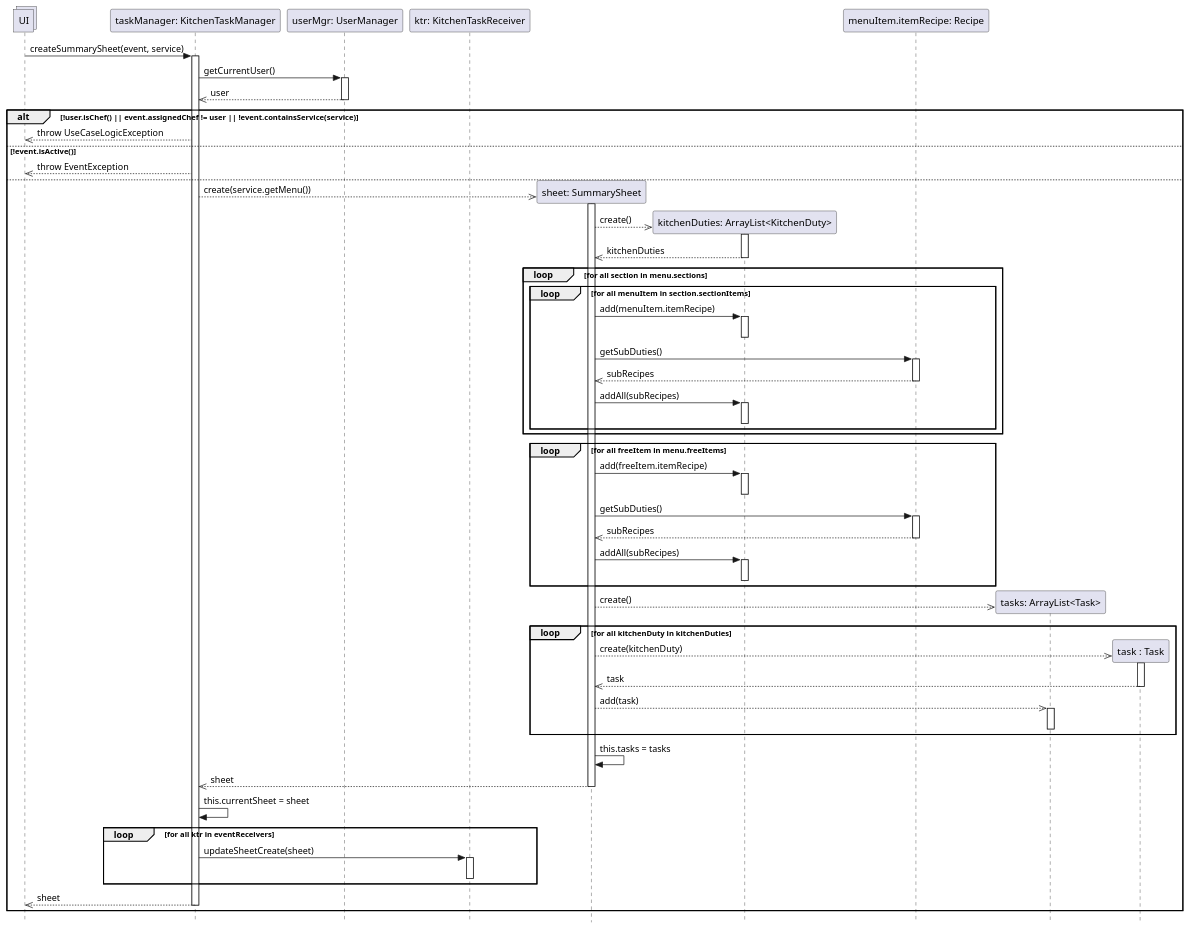
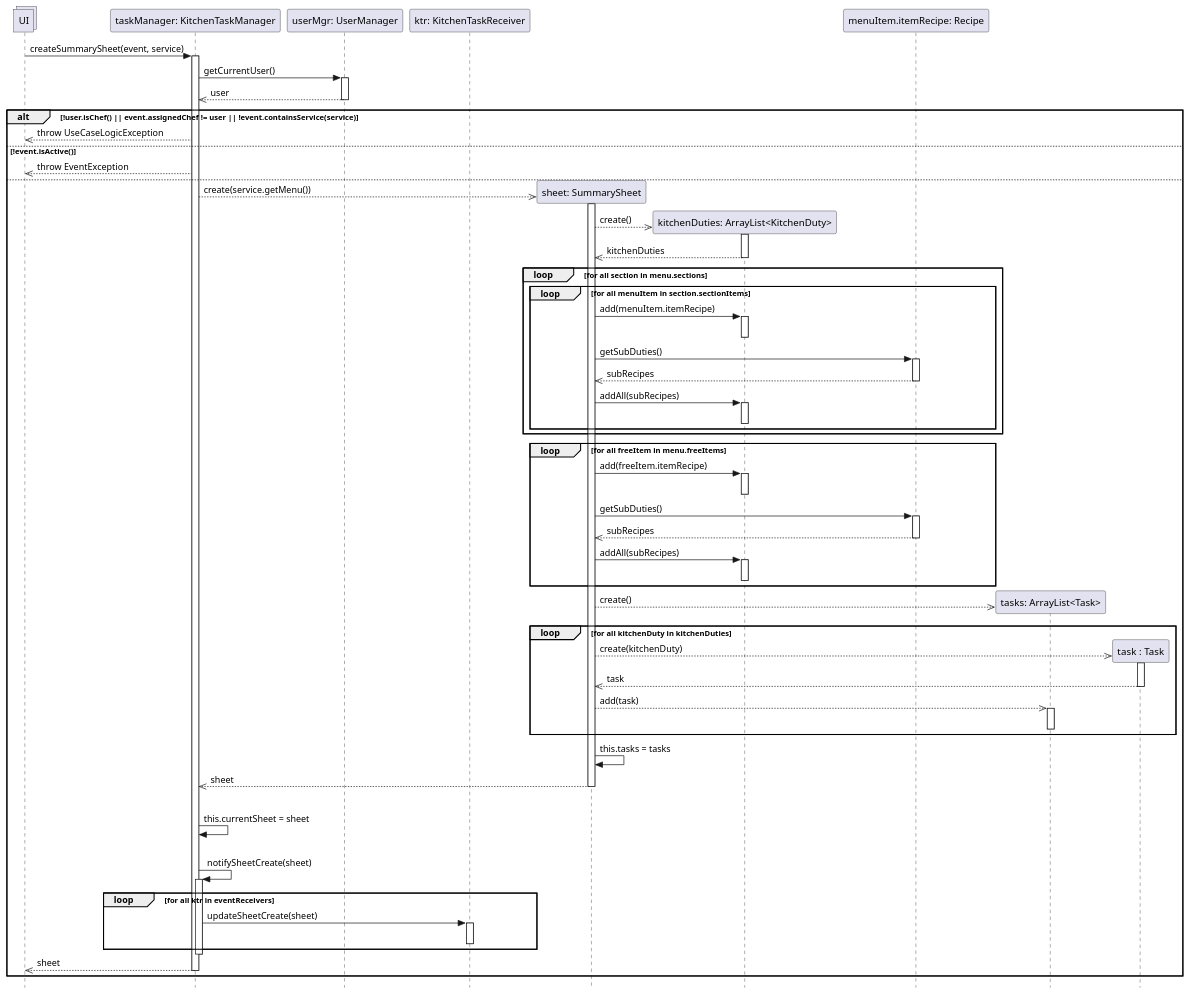
The diagram in UC Gestire Compiti Cucina/Progettazione/DSD Operazione 1.puml (stefa168/sas-project), drawn with PlantUML before and after one commit. The commit also changed 6 other files, not shown here.

```diff
--- a/UC Gestire Compiti Cucina/Progettazione/DSD Operazione 1.puml
+++ b/UC Gestire Compiti Cucina/Progettazione/DSD Operazione 1.puml
@@ -1,101 +1,103 @@
 @startuml Operazione 1
 skinparam Style strictuml
 
 collections UI
 
 participant "taskManager: KitchenTaskManager" as tm
 UI -> tm: createSummarySheet(event, service)
 activate tm
 
 participant "userMgr: UserManager" as um
 participant "ktr: KitchenTaskReceiver" as ktr
 tm -> um: getCurrentUser()
 activate um
 tm <<-- um: user
 deactivate um
 
 alt !user.isChef() || event.assignedChef != user || !event.containsService(service)
     UI <<-- tm: throw UseCaseLogicException
 else !event.isActive()
     UI <<-- tm: throw EventException
 else
     participant "sheet: SummarySheet" as ss
     tm -->> ss **: create(service.getMenu())
     activate ss
 
     participant "kitchenDuties: ArrayList<KitchenDuty>" as kdList
     ss -->> kdList**: create()
     activate kdList
     return kitchenDuties
     deactivate kdList
     
     loop for all section in menu.sections
         loop for all menuItem in section.sectionItems
             ss -> kdList: add(menuItem.itemRecipe)
             activate kdList
             deactivate kdList
             
             participant "menuItem.itemRecipe: Recipe" as recipe
             ss -> recipe: getSubDuties()
             activate recipe
             ss <<-- recipe: subRecipes
             deactivate recipe
 
             ss -> kdList: addAll(subRecipes)
             activate kdList
             deactivate kdList
 
         end
     end
 
     loop for all freeItem in menu.freeItems
         ss -> kdList: add(freeItem.itemRecipe)
         activate kdList
         deactivate kdList
 
         participant "freeItem.itemRecipe: Recipe" as recipe
             ss -> recipe: getSubDuties()
             activate recipe
             ss <<-- recipe: subRecipes
             deactivate recipe
 
             ss -> kdList: addAll(subRecipes)
             activate kdList
             deactivate kdList
     end
 
     participant "tasks: ArrayList<Task>" as tasks
     ss -->> tasks**: create()
 
     loop for all kitchenDuty in kitchenDuties
         participant "task : Task" as t
         ss -->> t **: create(kitchenDuty)
         activate t
         ' ss <<-- t :task
         return task
         deactivate t
         ss -->>tasks: add(task)
         activate tasks
         deactivate tasks
     end
 
     ss -> ss: this.tasks = tasks
-
     tm <<-- ss: sheet
     deactivate ss
-
+    |||
     tm -> tm: this.currentSheet = sheet
-
+    |||
+    tm -> tm: notifySheetCreate(sheet)
+    activate tm
     loop for all ktr in eventReceivers
         tm -> ktr : updateSheetCreate(sheet)
         activate ktr
         deactivate ktr
     end
+    deactivate tm
 
 
     UI <<-- tm: sheet
     deactivate tm
     
 end
 
 @enduml
```
